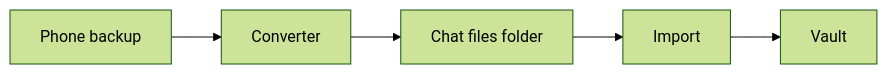
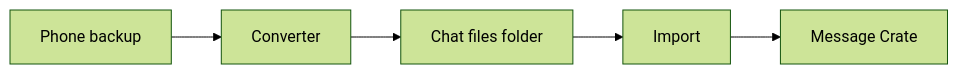
One commit to bitrealm-io/message-vault changed the first of 2 diagrams in docs/src/content/docs/docs/developer/message-transfer.md. Above: the diagram before and after it, drawn with Mermaid (forest theme). The commit also changed other lines of this file and 212 other files, not shown here.

First line of the commit message:
docs: call the product Message Crate in every sentence people read (#933)

````diff
--- a/docs/src/content/docs/docs/developer/message-transfer.md
+++ b/docs/src/content/docs/docs/developer/message-transfer.md
@@ -16,7 +16,7 @@
 ```mermaid
 flowchart LR
   backups[Phone backup] --> converter[Converter]
   converter --> folder[Chat files folder]
   folder --> import[Import]
-  import --> vault[Vault]
+  import --> server[Message Crate]
 ```
````
